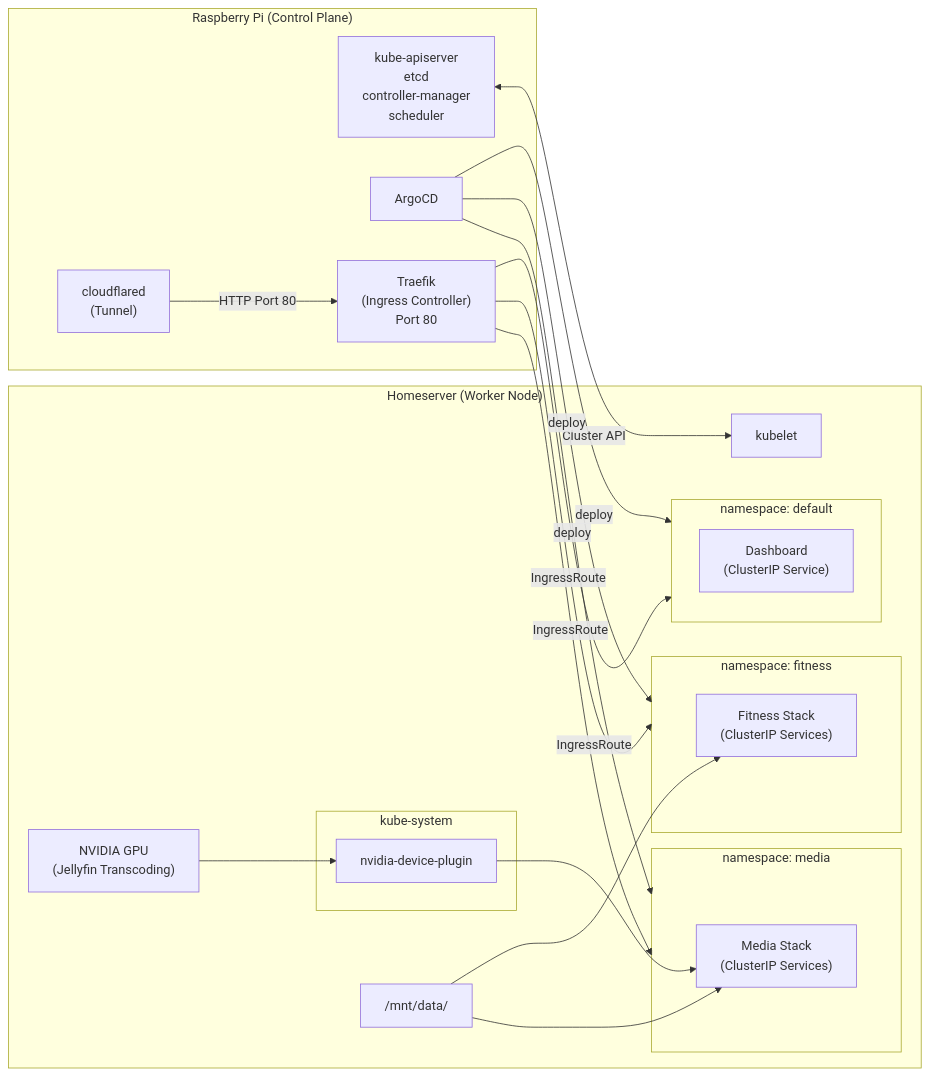
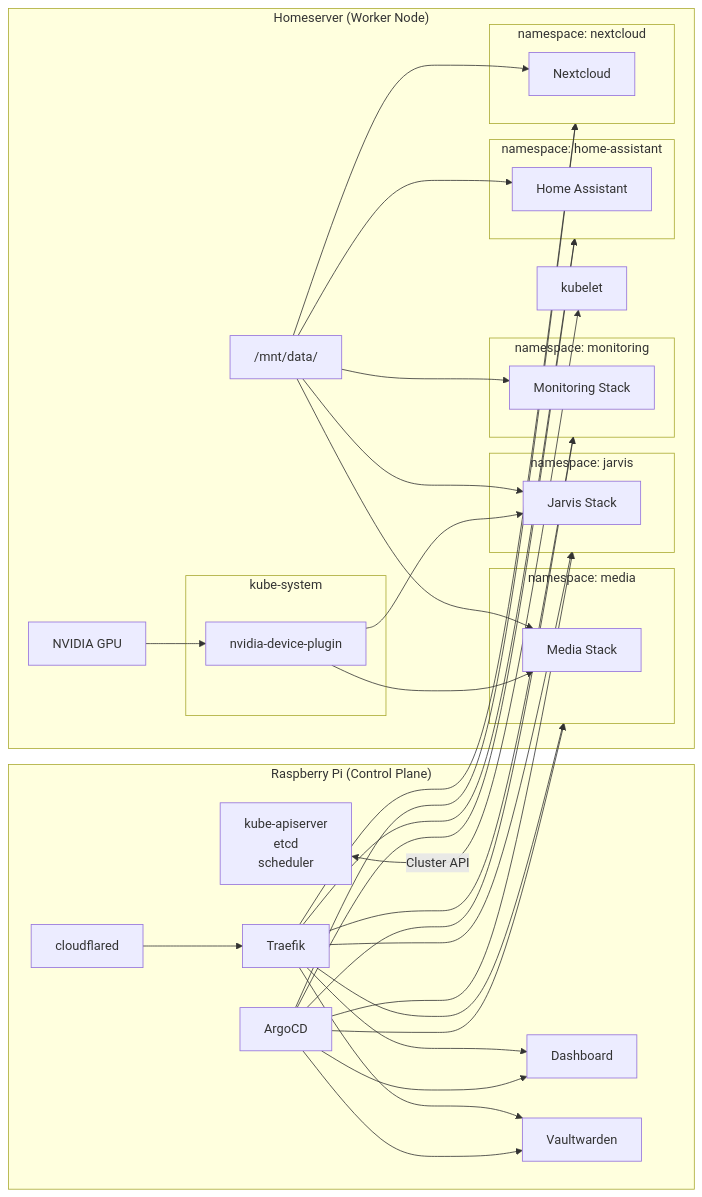
Before and after one commit to JanikHenz/my-homelab: the second of 7 diagrams in README.md, drawn with Mermaid. The commit also changed other lines of this file, not shown here.

````diff
--- a/README.md
+++ b/README.md
@@ -131,41 +194,61 @@
 ```mermaid
 graph LR
     subgraph RASPY["Raspberry Pi (Control Plane)"]
-        CP["kube-apiserver\netcd\ncontroller-manager\nscheduler"]
+        CP["kube-apiserver\netcd\nscheduler"]
         ARGO["ArgoCD"]
-        CFD["cloudflared\n(Tunnel)"]
-        TRAEFIK["Traefik\n(Ingress Controller)\nPort 80"]
+        CFD["cloudflared"]
+        TRAEFIK["Traefik"]
+        DASH["Dashboard"]
+        VW["Vaultwarden"]
     end
 
     subgraph SERVER["Homeserver (Worker Node)"]
         KW["kubelet"]
-        GPU["NVIDIA GPU\n(Jellyfin Transcoding)"]
+        GPU["NVIDIA GPU"]
         DISK["/mnt/data/"]
 
         subgraph SYS["kube-system"]
             NDP["nvidia-device-plugin"]
         end
         subgraph MEDIA_NS["namespace: media"]
-            MEDIA["Media Stack\n(ClusterIP Services)"]
+            MEDIA["Media Stack"]
         end
-        subgraph FITNESS_NS["namespace: fitness"]
-            FITNESS["Fitness Stack\n(ClusterIP Services)"]
+        subgraph JARVIS_NS["namespace: jarvis"]
+            JARVIS["Jarvis Stack"]
         end
-        subgraph DEFAULT_NS["namespace: default"]
-            DASH["Dashboard\n(ClusterIP Service)"]
+        subgraph MON_NS["namespace: monitoring"]
+            MON["Monitoring Stack"]
+        end
+        subgraph HA_NS["namespace: home-assistant"]
+            HA["Home Assistant"]
+        end
+        subgraph NC_NS["namespace: nextcloud"]
+            NC["Nextcloud"]
         end
     end
 
-    CFD -->|"HTTP Port 80"| TRAEFIK
+    CFD --> TRAEFIK
     CP <-->|"Cluster API"| KW
-    ARGO -->|"deploy"| MEDIA_NS
-    ARGO -->|"deploy"| FITNESS_NS
-    ARGO -->|"deploy"| DEFAULT_NS
-    TRAEFIK -->|"IngressRoute"| MEDIA_NS
-    TRAEFIK -->|"IngressRoute"| FITNESS_NS
-    TRAEFIK -->|"IngressRoute"| DEFAULT_NS
+    ARGO --> MEDIA_NS
+    ARGO --> JARVIS_NS
+    ARGO --> MON_NS
+    ARGO --> HA_NS
+    ARGO --> NC_NS
+    ARGO --> DASH
+    ARGO --> VW
+    TRAEFIK --> MEDIA_NS
+    TRAEFIK --> JARVIS_NS
+    TRAEFIK --> MON_NS
+    TRAEFIK --> HA_NS
+    TRAEFIK --> NC_NS
+    TRAEFIK --> DASH
+    TRAEFIK --> VW
     GPU --> NDP
     NDP --> MEDIA
+    NDP --> JARVIS
     DISK --> MEDIA
-    DISK --> FITNESS
+    DISK --> JARVIS
+    DISK --> MON
+    DISK --> HA
+    DISK --> NC
 ```
````
